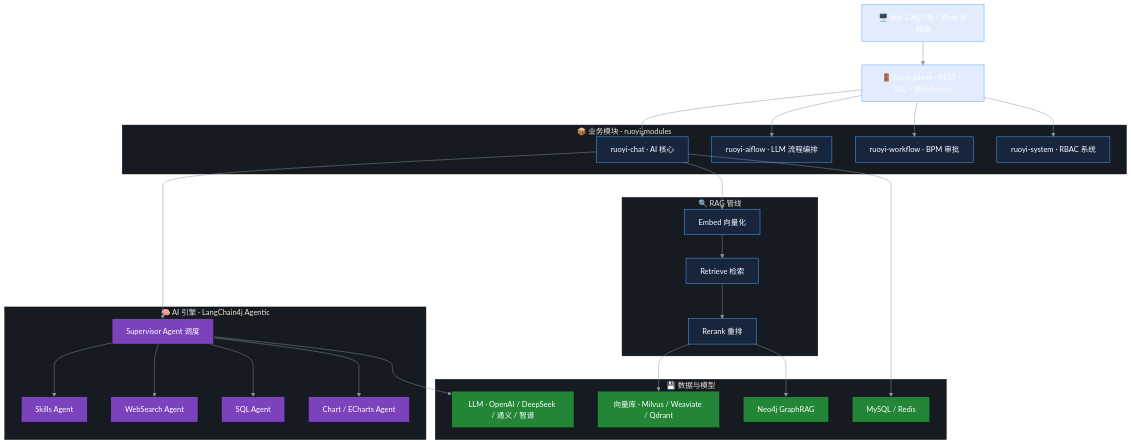
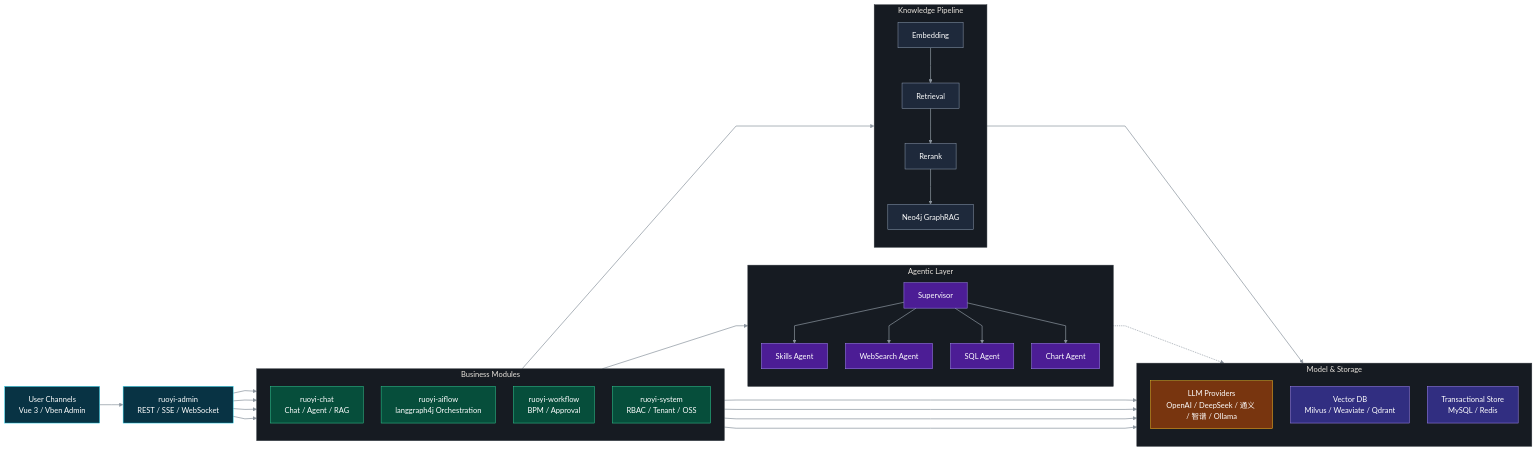
The first of 4 diagrams in README.md (1byteone/1byteone), drawn with Mermaid before and after one commit. The commit also changed other lines of this file, not shown here.

Commit message:
style: refine mermaid architecture diagrams

````diff
--- a/README.md
+++ b/README.md
@@ -137,57 +137,71 @@
 ```mermaid
-%%{init: {'theme':'base','themeVariables': {'background':'#0d1117','primaryColor':'#1f6feb22','primaryTextColor':'#ffffff','primaryBorderColor':'#58a6ff','lineColor':'#8b949e','tertiaryColor':'#161b22','fontFamily':'ui-monospace, SFMono-Regular, Menlo, Monaco, Consolas, monospace'}}}%%
-flowchart TB
-    UI["🖥️ Vue 3 用户端 / Vben 管理端"]
-    API["🚪 ruoyi-admin · REST + SSE + WebSocket"]
+%%{init: {"theme":"base","flowchart":{"curve":"linear","nodeSpacing":38,"rankSpacing":50},"themeVariables":{"background":"#0d1117","primaryTextColor":"#e6edf3","lineColor":"#8b949e","tertiaryColor":"#161b22","clusterBkg":"#161b22","clusterBorder":"#30363d","edgeLabelBackground":"#0d1117","fontFamily":"ui-monospace, SFMono-Regular, Menlo, Monaco, Consolas, monospace"}}}%%
+flowchart LR
+    UI["User Channels<br/>Vue 3 / Vben Admin"]
+    API["ruoyi-admin<br/>REST / SSE / WebSocket"]
 
-    subgraph Modules["📦 业务模块 · ruoyi-modules"]
-        CHAT["ruoyi-chat · AI 核心"]
-        AIFLOW["ruoyi-aiflow · LLM 流程编排"]
-        WORKFLOW["ruoyi-workflow · BPM 审批"]
-        SYSTEM["ruoyi-system · RBAC 系统"]
+    subgraph MOD["Business Modules"]
+        direction TB
+        CHAT["ruoyi-chat<br/>Chat / Agent / RAG"]
+        FLOW["ruoyi-aiflow<br/>langgraph4j Orchestration"]
+        WF["ruoyi-workflow<br/>BPM / Approval"]
+        SYS["ruoyi-system<br/>RBAC / Tenant / OSS"]
     end
 
-    subgraph Engine["🧠 AI 引擎 · LangChain4j Agentic"]
-        SUP["Supervisor Agent 调度"]
-        SKILLS["Skills Agent"]
-        SEARCH["WebSearch Agent"]
+    subgraph AGENT["Agentic Layer"]
+        direction TB
+        SUP["Supervisor"]
+        SKILL["Skills Agent"]
+        WEB["WebSearch Agent"]
         SQL["SQL Agent"]
-        CHART["Chart / ECharts Agent"]
+        CHART["Chart Agent"]
     end
 
-    subgraph RAG["🔍 RAG 管线"]
-        EMBED["Embed 向量化"]
-        RETR["Retrieve 检索"]
-        RERANK["Rerank 重排"]
+    subgraph PIPE["Knowledge Pipeline"]
+        direction TB
+        EMBED["Embedding"]
+        RETR["Retrieval"]
+        RERANK["Rerank"]
+        GRAPH["Neo4j GraphRAG"]
     end
 
-    subgraph Data["💾 数据与模型"]
-        MODELS["LLM · OpenAI / DeepSeek / 通义 / 智谱"]
-        VECTOR["向量库 · Milvus / Weaviate / Qdrant"]
-        GRAPH["Neo4j GraphRAG"]
-        STORE["MySQL / Redis"]
+    subgraph DATA["Model & Storage"]
+        direction TB
+        MODELS["LLM Providers<br/>OpenAI / DeepSeek / 通义 / 智谱 / Ollama"]
+        VECTOR["Vector DB<br/>Milvus / Weaviate / Qdrant"]
+        STORE["Transactional Store<br/>MySQL / Redis"]
     end
 
     UI --> API
     API --> CHAT
-    API --> AIFLOW
-    API --> WORKFLOW
-    API --> SYSTEM
+    API --> FLOW
+    API --> WF
+    API --> SYS
     CHAT --> SUP
-    SUP --> SKILLS
-    SUP --> SEARCH
+    SUP --> SKILL
+    SUP --> WEB
     SUP --> SQL
     SUP --> CHART
-    CHAT --> EMBED
-    EMBED --> RETR
-    RETR --> RERANK
-    SUP --> MODELS
+    CHAT --> EMBED --> RETR --> RERANK
     RERANK --> VECTOR
     RERANK --> GRAPH
+    SUP -.-> MODELS
     CHAT --> STORE
+    FLOW --> STORE
+    SYS --> STORE
+    WF --> STORE
 
-    classDef engine fill:#7B42BC,stroke:#0d1117,color:#fff
-    classDef data fill:#238636,stroke:#0d1117,color:#fff
-    class SUP,SKILLS,SEARCH,SQL,CHART engine
-    class MODELS,VECTOR,GRAPH,STORE data
+    classDef entry fill:#083344,stroke:#22d3ee,color:#ffffff
+    classDef module fill:#064e3b,stroke:#34d399,color:#ffffff
+    classDef agent fill:#4c1d95,stroke:#a78bfa,color:#ffffff
+    classDef pipe fill:#1e293b,stroke:#94a3b8,color:#ffffff
+    classDef data fill:#312e81,stroke:#a78bfa,color:#ffffff
+    classDef ext fill:#78350f,stroke:#fbbf24,color:#ffffff
+    class UI,API entry
+    class CHAT,FLOW,WF,SYS module
+    class SUP,SKILL,WEB,SQL,CHART agent
+    class EMBED,RETR,RERANK,GRAPH pipe
+    class VECTOR,STORE data
+    class MODELS ext
+    linkStyle default stroke:#8b949e,stroke-width:1.5px
 ```
````
